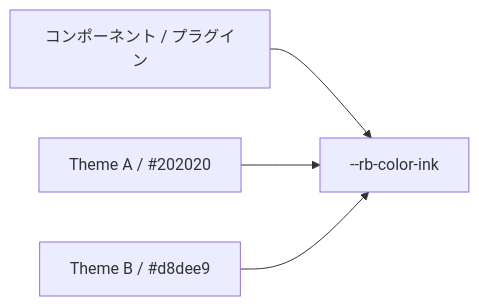
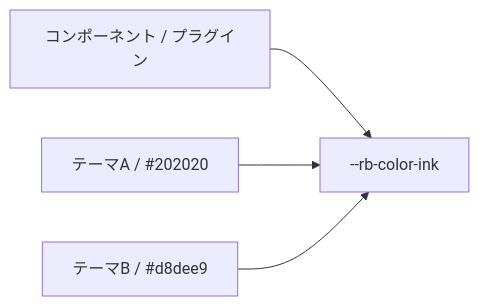
One commit to Rerurate514/riebeckite changed the diagram in docs/docs/glossary/semantic-token.ja.md. Above: the diagram before and after it, drawn with Mermaid. The commit also changed other lines of this file and 310 other files, not shown here.

````diff
--- a/docs/docs/glossary/semantic-token.ja.md
+++ b/docs/docs/glossary/semantic-token.ja.md
@@ -17,10 +17,10 @@
 ```mermaid
 flowchart LR
   UI[コンポーネント / プラグイン]
   Token[--rb-color-ink]
-  ThemeA[Theme A / #202020]
-  ThemeB[Theme B / #d8dee9]
+  ThemeA[テーマA / #202020]
+  ThemeB[テーマB / #d8dee9]
   UI --> Token
   ThemeA --> Token
   ThemeB --> Token
 ```
````
